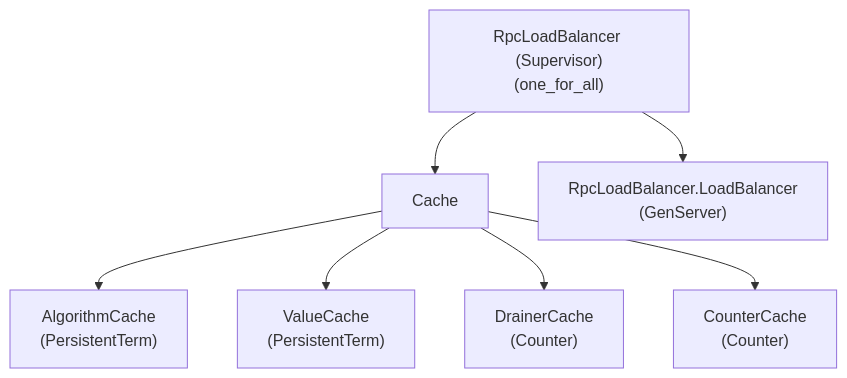
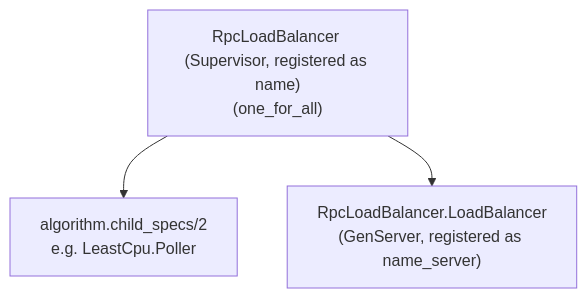
Before and after one commit to MikaAK/elixir_rpc_load_balancer: the third of 3 diagrams in docs/explanation/architecture.md, drawn with Mermaid. The commit also changed other lines of this file and 27 other files, not shown here.

First line of the commit message:
docs: overhaul guides, reference, and architecture for 0.3.x

````diff
--- a/docs/explanation/architecture.md
+++ b/docs/explanation/architecture.md
@@ -155,9 +211,5 @@
 ```mermaid
 flowchart TD
-    S["RpcLoadBalancer (Supervisor)\n(one_for_all)"] --> C["Cache"]
-    C --> AC["AlgorithmCache\n(PersistentTerm)"]
-    C --> VC["ValueCache\n(PersistentTerm)"]
-    C --> DC["DrainerCache\n(Counter)"]
-    C --> CC["CounterCache\n(Counter)"]
-    S --> GS["RpcLoadBalancer.LoadBalancer\n(GenServer)"]
+    S["RpcLoadBalancer (Supervisor, registered as name)\n(one_for_all)"] --> AL["algorithm.child_specs/2\ne.g. LeastCpu.Poller"]
+    S --> GS["RpcLoadBalancer.LoadBalancer\n(GenServer, registered as name_server)"]
 ```
````
